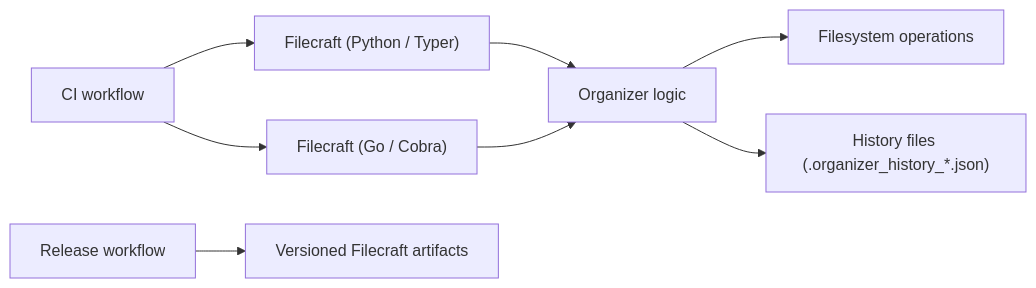
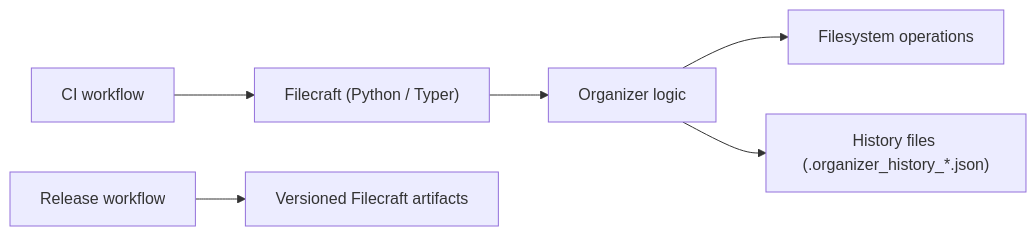
One commit to murtazapatel89100/Filecraft changed the diagram in README.md. Above: the diagram before and after it, drawn with Mermaid. The commit also changed other lines of this file and 36 other files, not shown here.

````diff
--- a/README.md
+++ b/README.md
@@ -70,10 +49,8 @@
 ```mermaid
 flowchart LR
   CLI_PY["Filecraft (Python / Typer)"] --> CORE["Organizer logic"]
-  CLI_GO["Filecraft (Go / Cobra)"] --> CORE
   CORE --> FS["Filesystem operations"]
   CORE --> HIST["History files (.organizer_history_*.json)"]
   CI["CI workflow"] --> CLI_PY
-  CI --> CLI_GO
   REL["Release workflow"] --> BIN["Versioned Filecraft artifacts"]
 ```
````
